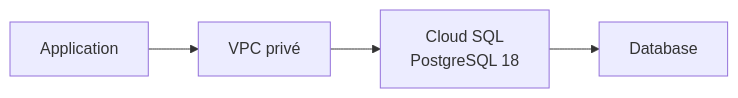
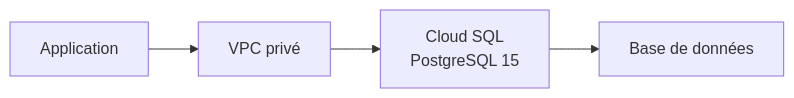
One commit to ismael-belghazi/medirdv changed the third of 3 diagrams in terraform/modules/database/README.md. Above: the diagram before and after it, drawn with Mermaid. The commit also changed other lines of this file and 6 other files, not shown here.

````diff
--- a/terraform/modules/database/README.md
+++ b/terraform/modules/database/README.md
@@ -244,6 +300,6 @@
 ```mermaid
 flowchart LR
     APP["Application"] --> VPC["VPC privé"]
-    VPC --> SQL["Cloud SQL<br/>PostgreSQL 18"]
-    SQL --> DB["Database"]
+    VPC --> SQL["Cloud SQL<br/>PostgreSQL 15"]
+    SQL --> DB["Base de données"]
 ```
````
